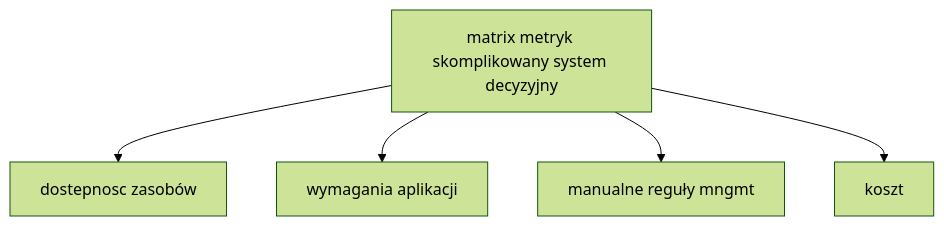
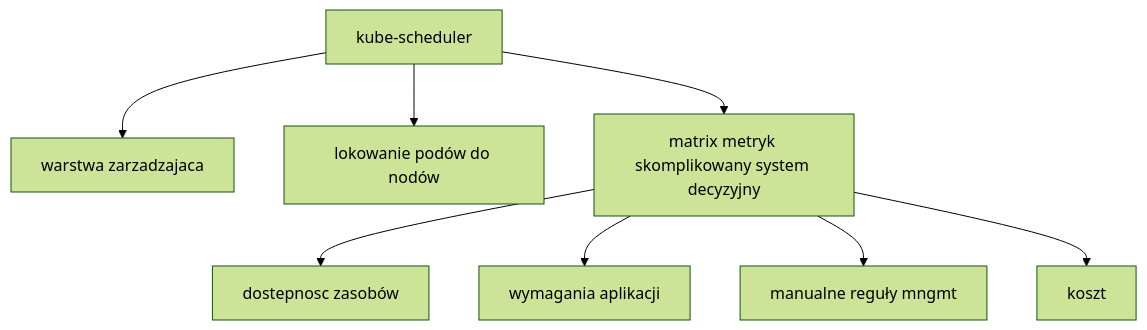
Before and after one commit to DanyAAD90/k8s_understanding: the third of 6 diagrams in README.md, drawn with Mermaid (forest theme). The commit also changed other lines of this file, not shown here.

````diff
--- a/README.md
+++ b/README.md
@@ -24,7 +18,10 @@
 ```mermaid
 flowchart TD
-K[matrix metryk skomplikowany system decyzyjny] --> L[dostepnosc zasobów]
+H[kube-scheduler] --> I[warstwa zarzadzajaca]
+H --> J[lokowanie podów do nodów]
+H --> K[matrix metryk skomplikowany system decyzyjny]
+K --> L[dostepnosc zasobów]
 K --> M[wymagania aplikacji]
 K --> N[manualne reguły mngmt]
 K --> O[koszt]
 ```
````
